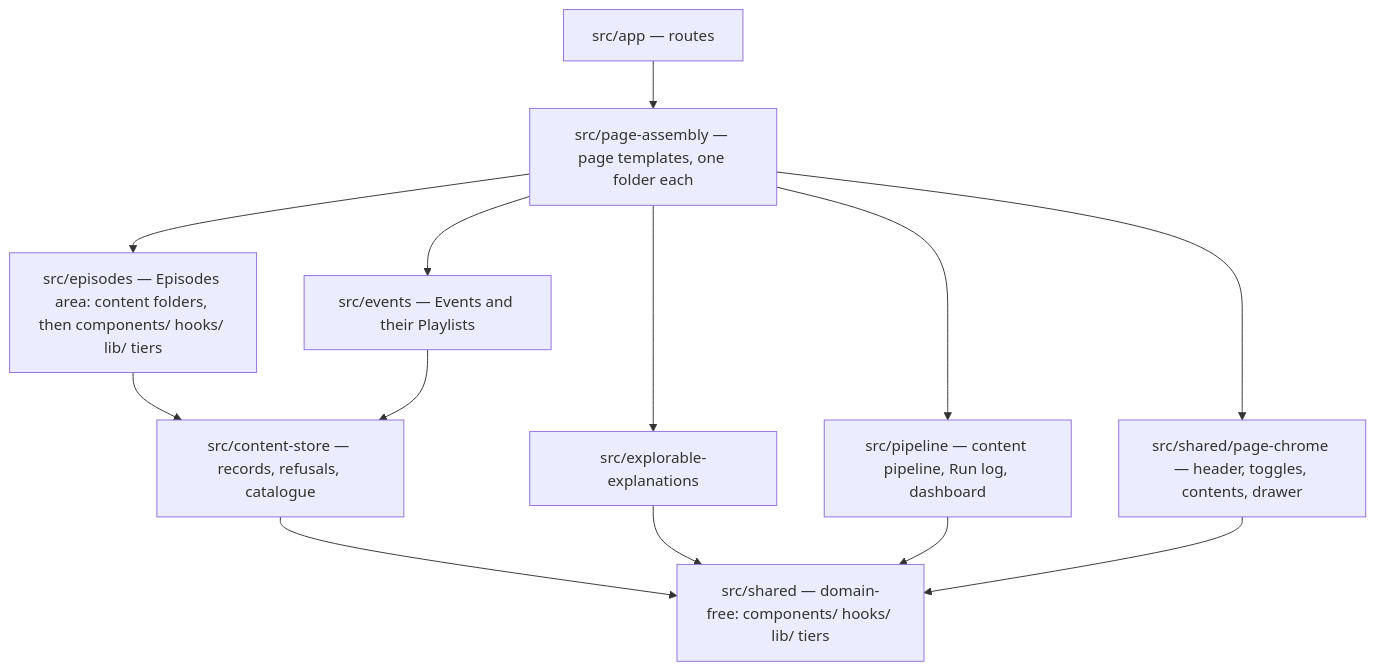
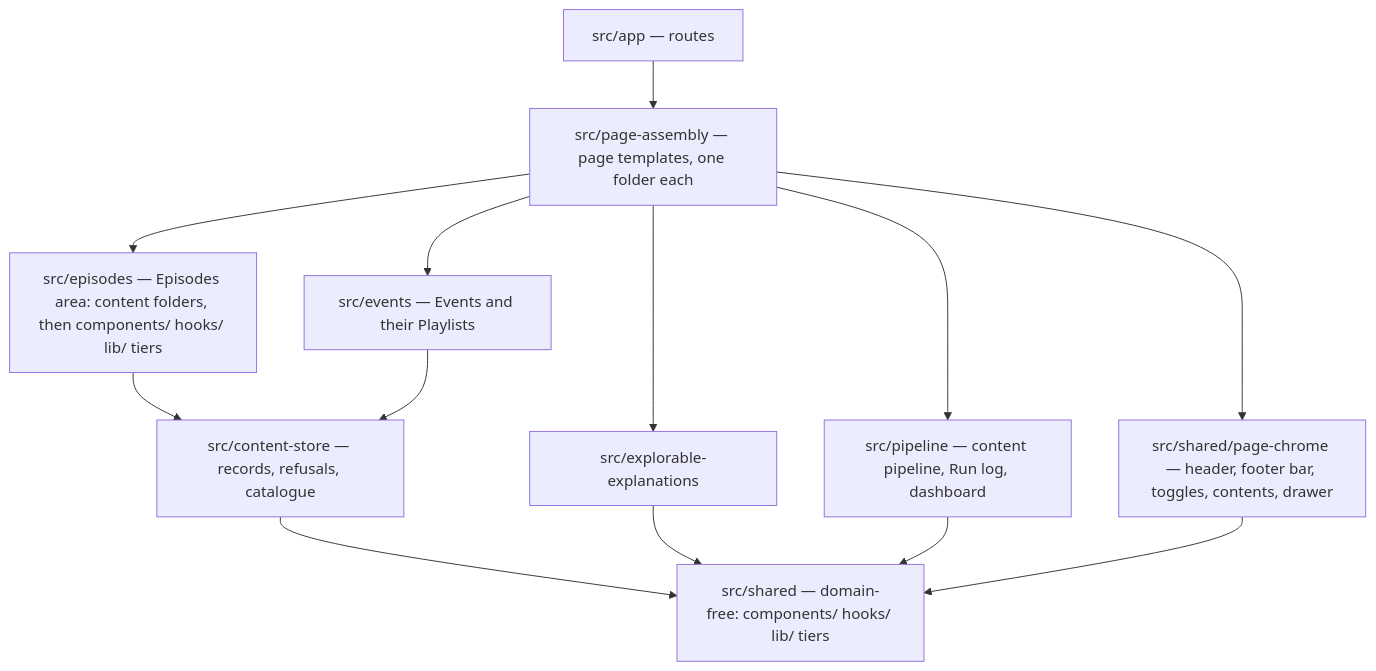
Before and after one commit to hancrafted/content-library: the first of 5 diagrams in .archgate/adrs/FE-004-slide-architecture.md, drawn with Mermaid. The commit also changed 8 other files, not shown here.

First line of the commit message:
refactor(page-chrome): move the footer bar into page chrome

````diff
--- a/.archgate/adrs/FE-004-slide-architecture.md
+++ b/.archgate/adrs/FE-004-slide-architecture.md
@@ -22,15 +22,15 @@
 ```mermaid
 flowchart TD
   app["src/app — routes"] --> pages["src/page-assembly — page templates, one folder each"]
   pages --> area["src/episodes — Episodes area: content folders, then components/ hooks/ lib/ tiers"]
   pages --> events["src/events — Events and their Playlists"]
   pages --> explain["src/explorable-explanations"]
   pages --> pipeline["src/pipeline — content pipeline, Run log, dashboard"]
-  pages --> chrome["src/shared/page-chrome — header, toggles, contents, drawer"]
+  pages --> chrome["src/shared/page-chrome — header, footer bar, toggles, contents, drawer"]
   area --> store["src/content-store — records, refusals, catalogue"]
   events --> store
   store --> shared["src/shared — domain-free: components/ hooks/ lib/ tiers"]
   explain --> shared
   pipeline --> shared
   chrome --> shared
 ```
````
